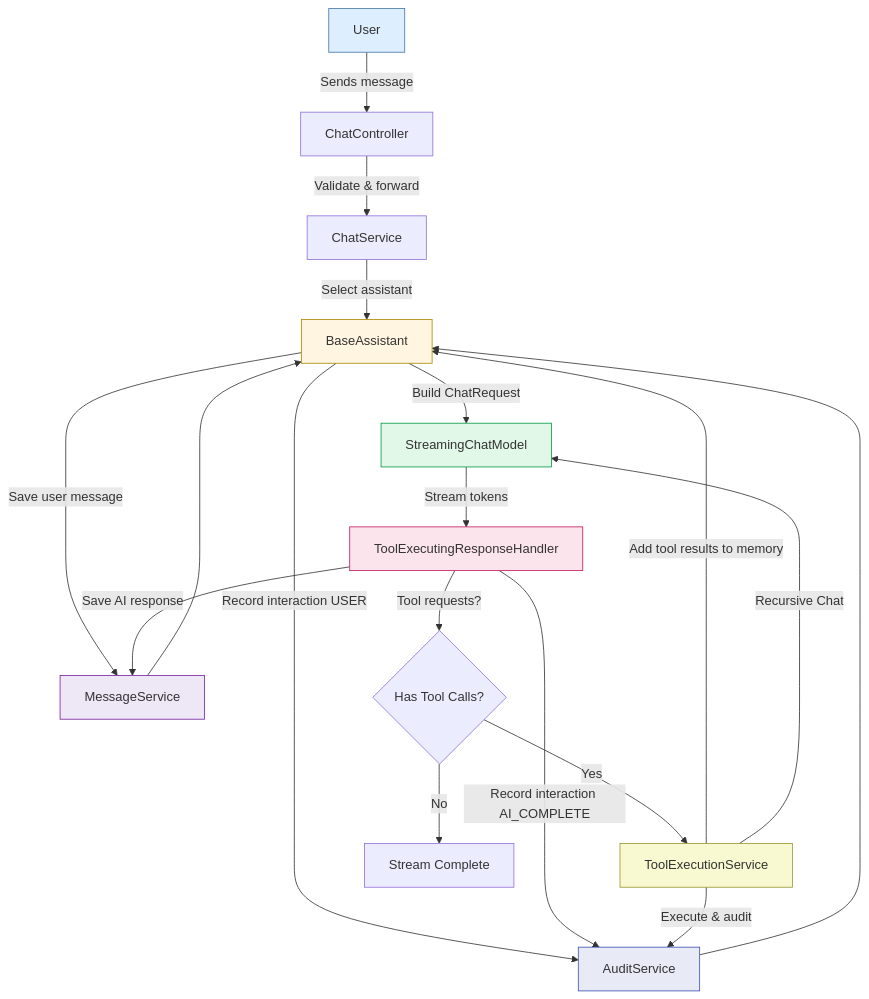
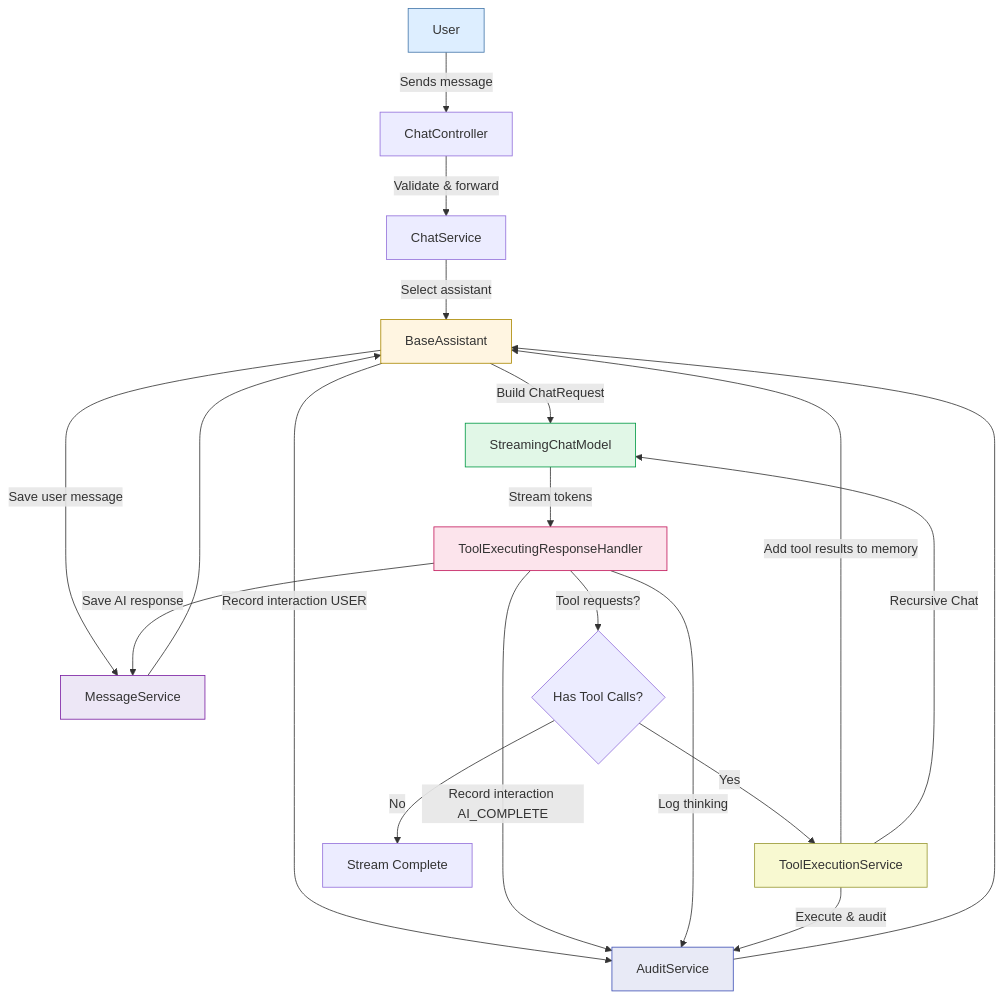
The diagram in backend/ai-assistant-service/docs/chat-flow.md (cgb12121/BBMovie), drawn with Mermaid before and after one commit. The commit also changed other lines of this file and 2 other files, not shown here.

Commit message:
docs: Update documentation for response structure and AI thinking logging

````diff
--- a/backend/ai-assistant-service/docs/chat-flow.md
+++ b/backend/ai-assistant-service/docs/chat-flow.md
@@ -9,32 +35,33 @@
 ```mermaid
 flowchart TD
     A[User] -->|Sends message| B[ChatController]
     B -->|Validate & forward| C[ChatService]
     C -->|Select assistant| D[BaseAssistant]
     D -->|Record interaction USER| E[AuditService]
     E --> D
     D -->|Save user message| F[MessageService]
     F --> D
 
     D -->|Build ChatRequest| G[StreamingChatModel]
     G -->|Stream tokens| H[ToolExecutingResponseHandler]
 
     H -->|Save AI response| F
     H -->|Record interaction AI_COMPLETE| E
+    H -->|Log thinking | E
 
     H -->|Tool requests?| I{Has Tool Calls?}
     I -->|Yes| J[ToolExecutionService]
     J -->|Execute & audit| E
     J -->|Add tool results to memory| D
 
     I -->|No| K[Stream Complete]
     J -->|Recursive Chat| G
 
     style A fill:#ddeeff,stroke:#4477aa
     style D fill:#fff5e1,stroke:#aa8800
     style G fill:#e1f7e7,stroke:#009944
     style H fill:#fce4ec,stroke:#c2185b
     style J fill:#f8f9d1,stroke:#999933
     style E fill:#e8eaf6,stroke:#3f51b5
     style F fill:#ede7f6,stroke:#7b1fa2
 ```
````
